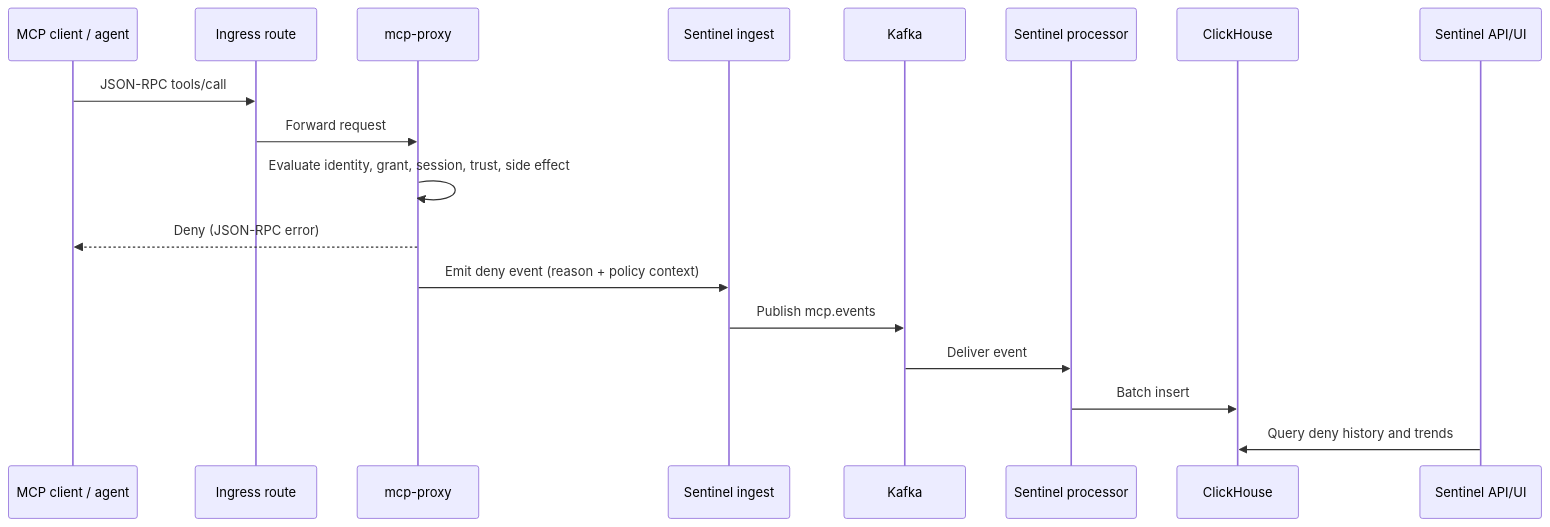
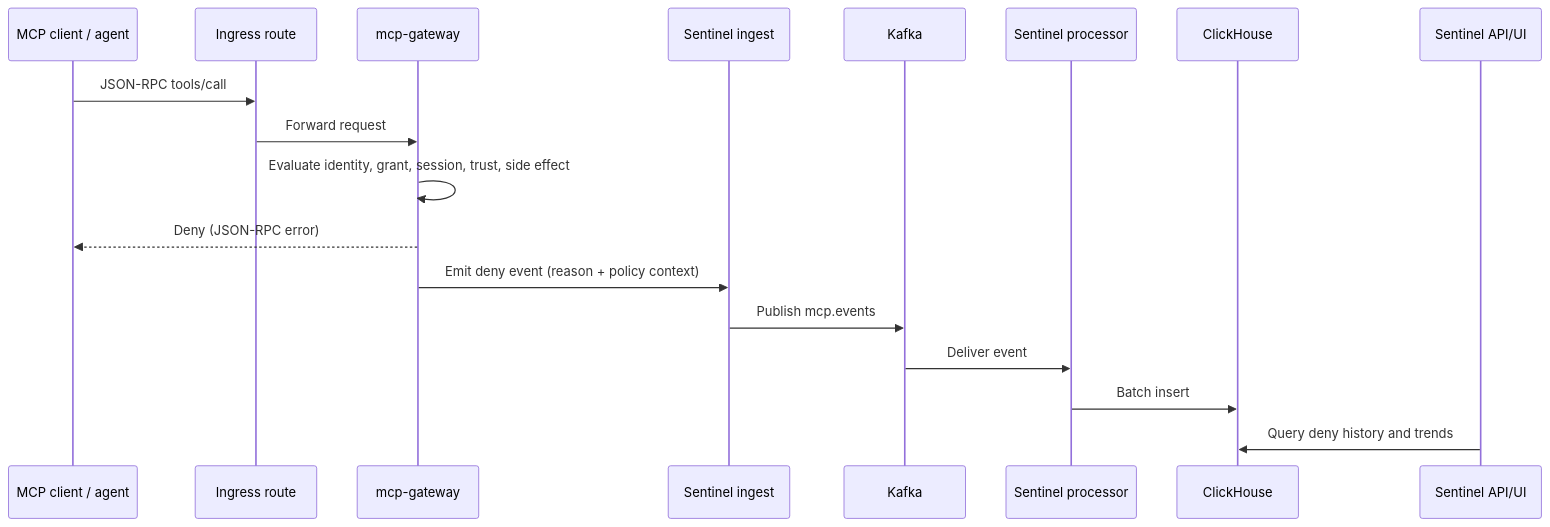
Before and after one commit to Agent-Hellboy/mcp-runtime: the fourth of 5 diagrams in docs/architecture.md, drawn with Mermaid. The commit also changed other lines of this file and 43 other files, not shown here.

````diff
--- a/docs/architecture.md
+++ b/docs/architecture.md
@@ -120,21 +120,21 @@
 ```mermaid
 sequenceDiagram
     participant Client as MCP client / agent
     participant Ingress as Ingress route
-    participant Proxy as mcp-proxy
+    participant Gateway as mcp-gateway
     participant Ingest as Sentinel ingest
     participant Kafka as Kafka
     participant Processor as Sentinel processor
     participant CH as ClickHouse
     participant API as Sentinel API/UI
 
     Client->>Ingress: JSON-RPC tools/call
-    Ingress->>Proxy: Forward request
-    Proxy->>Proxy: Evaluate identity, grant, session, trust, side effect
-    Proxy-->>Client: Deny (JSON-RPC error)
-    Proxy->>Ingest: Emit deny event (reason + policy context)
+    Ingress->>Gateway: Forward request
+    Gateway->>Gateway: Evaluate identity, grant, session, trust, side effect
+    Gateway-->>Client: Deny (JSON-RPC error)
+    Gateway->>Ingest: Emit deny event (reason + policy context)
     Ingest->>Kafka: Publish mcp.events
     Kafka->>Processor: Deliver event
     Processor->>CH: Batch insert
     API->>CH: Query deny history and trends
 ```
````
